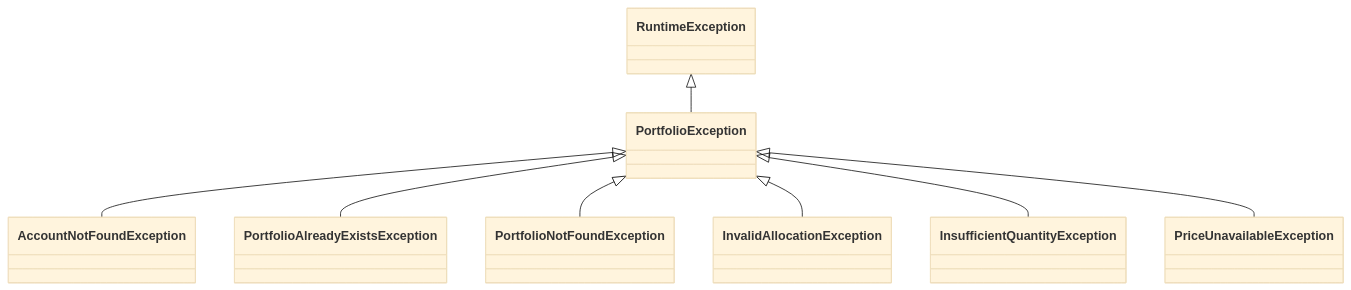
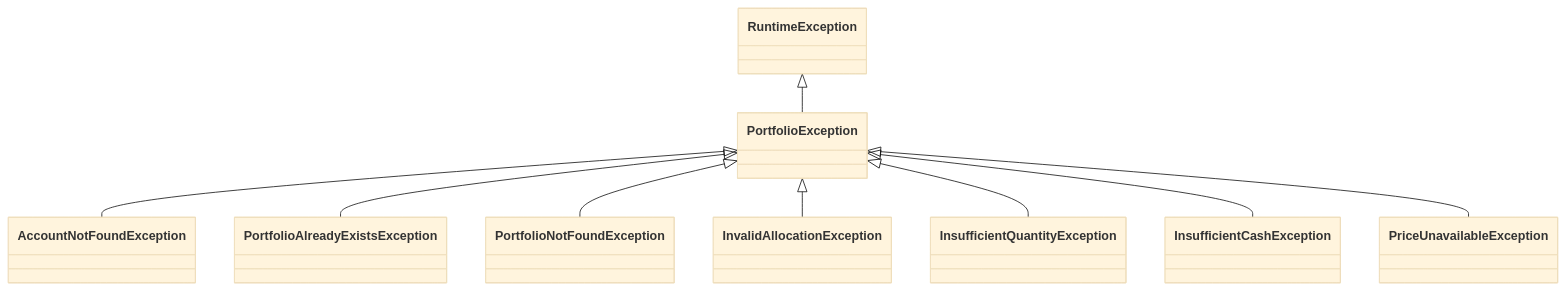
The fifth of 5 diagrams in docs/ARCHITECTURE.md (carlos-vegamu/PortfolioManagement), drawn with Mermaid (base theme) before and after one commit. The commit also changed other lines of this file and 33 other files, not shown here.

````diff
--- a/docs/ARCHITECTURE.md
+++ b/docs/ARCHITECTURE.md
@@ -287,11 +315,12 @@
 ```mermaid
 classDiagram
     direction TB
     RuntimeException <|-- PortfolioException
     PortfolioException <|-- AccountNotFoundException
     PortfolioException <|-- PortfolioAlreadyExistsException
     PortfolioException <|-- PortfolioNotFoundException
     PortfolioException <|-- InvalidAllocationException
     PortfolioException <|-- InsufficientQuantityException
+    PortfolioException <|-- InsufficientCashException
     PortfolioException <|-- PriceUnavailableException
 ```
````
